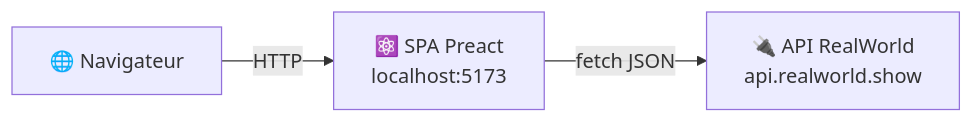
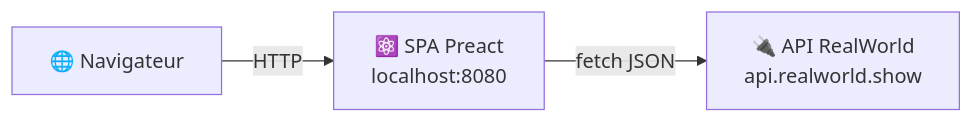
The diagram in MIGRATION_STEP.md (StephaneTrebel/htmx-de-maniere-simplix), drawn with Mermaid before and after one commit. The commit also changed other lines of this file and 1 other file, not shown here.

````diff
--- a/MIGRATION_STEP.md
+++ b/MIGRATION_STEP.md
@@ -39,9 +39,9 @@
 ```mermaid
 flowchart LR
     Browser["🌐 Navigateur"]
-    SPA["⚛️ SPA Preact\nlocalhost:5173"]
+    SPA["⚛️ SPA Preact\nlocalhost:8080"]
     API["🔌 API RealWorld\napi.realworld.show"]
 
     Browser -->|"HTTP"| SPA
     SPA -->|"fetch JSON"| API
 ```
````
